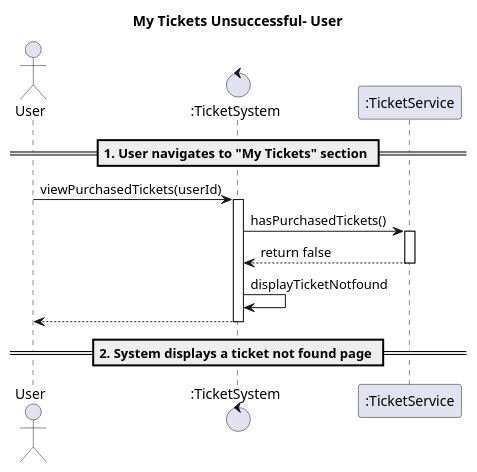
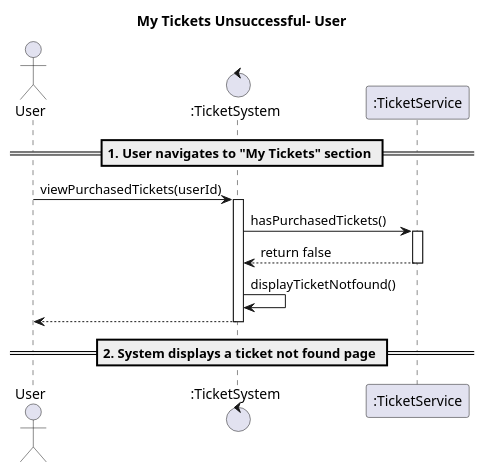
One commit to mrle0429/Event-Management-System changed the diagram in 02-analysis/MyTickets_Unsuccess.puml. Above: the diagram before and after it, drawn with PlantUML. The commit also changed 5 other files, not shown here.

```diff
--- a/02-analysis/MyTickets_Unsuccess.puml
+++ b/02-analysis/MyTickets_Unsuccess.puml
@@ -1,19 +1,19 @@
 @startuml
 title My Tickets Unsuccessful- User
 
 actor User
 control ":TicketSystem" as UD
 participant ":TicketService" as TS
 
 == 1. User navigates to "My Tickets" section ==
 User -> UD : viewPurchasedTickets(userId)
 activate UD
 UD -> TS : hasPurchasedTickets()
 activate TS
 TS --> UD : return false
 deactivate TS
-UD -> UD : displayTicketNotfound
+UD -> UD : displayTicketNotfound()
 UD --> User :
 deactivate UD
 == 2. System displays a ticket not found page ==
 @enduml
```
